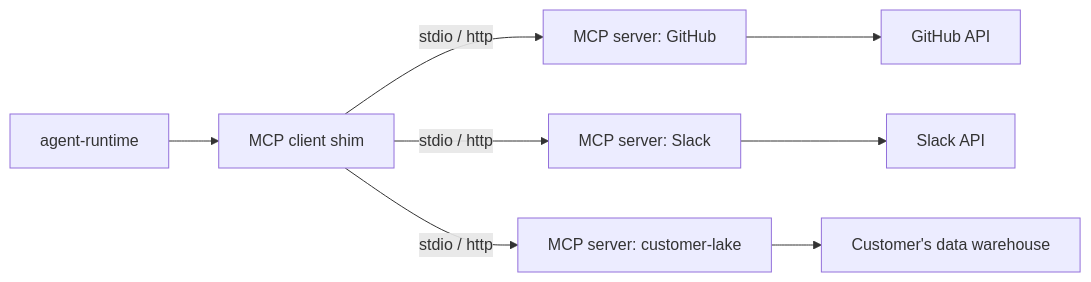
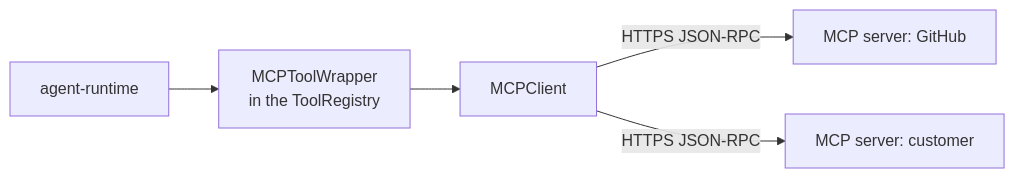
The diagram in apps/web/public/dev-docs/02-runtime/03-mcp.md (sarkar4777/abenix), drawn with Mermaid before and after one commit. The commit also changed other lines of this file and 623 other files, not shown here.

````diff
--- a/apps/web/public/dev-docs/02-runtime/03-mcp.md
+++ b/apps/web/public/dev-docs/02-runtime/03-mcp.md
@@ -11,10 +11,7 @@
 ```mermaid
 flowchart LR
-  A[agent-runtime] --> M[MCP client shim]
-  M -->|stdio / http| S1[MCP server: GitHub]
-  M -->|stdio / http| S2[MCP server: Slack]
-  M -->|stdio / http| S3[MCP server: customer-lake]
-  S1 --> GH[GitHub API]
-  S2 --> SL[Slack API]
-  S3 --> Cust[Customer's data warehouse]
+  A[agent-runtime] --> W[MCPToolWrapper<br/>in the ToolRegistry]
+  W --> C[MCPClient]
+  C -->|HTTPS JSON-RPC| S1[MCP server: GitHub]
+  C -->|HTTPS JSON-RPC| S2[MCP server: customer]
 ```
````
